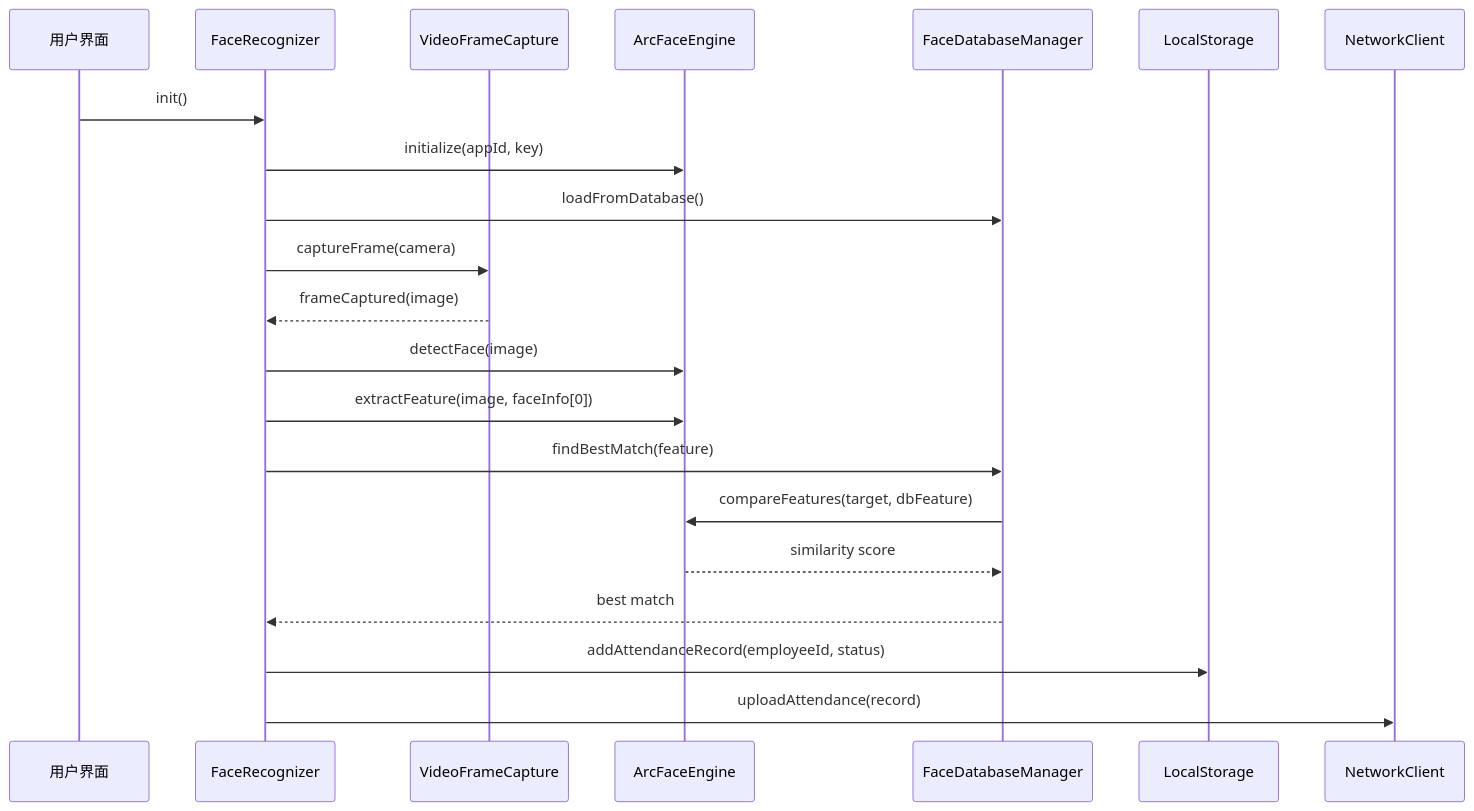
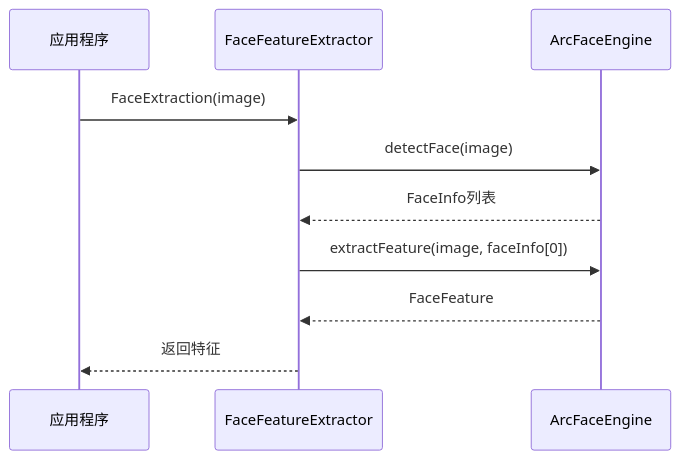
Before and after one commit to HeQiTZD/Triple-terminal-Attendance-Punching-System: the tenth of 12 diagrams in .qoder/repowiki/zh/content/核心模块/人脸识别模块/人脸识别模块.md, drawn with Mermaid. The commit also changed other lines of this file and 44 other files, not shown here.

````diff
--- a/.qoder/repowiki/zh/content/核心模块/人脸识别模块/人脸识别模块.md
+++ b/.qoder/repowiki/zh/content/核心模块/人脸识别模块/人脸识别模块.md
@@ -264,23 +405,12 @@
 ```mermaid
 sequenceDiagram
-participant UI as 用户界面
-participant FR as FaceRecognizer
-participant VC as VideoFrameCapture
-participant AE as ArcFaceEngine
-participant DB as FaceDatabaseManager
-participant LS as LocalStorage
-participant NC as NetworkClient
-UI->>FR : init()
-FR->>AE : initialize(appId, key)
-FR->>DB : loadFromDatabase()
-FR->>VC : captureFrame(camera)
-VC-->>FR : frameCaptured(image)
-FR->>AE : detectFace(image)
-FR->>AE : extractFeature(image, faceInfo[0])
-FR->>DB : findBestMatch(feature)
-DB->>AE : compareFeatures(target, dbFeature)
-AE-->>DB : similarity score
-DB-->>FR : best match
-FR->>LS : addAttendanceRecord(employeeId, status)
-FR->>NC : uploadAttendance(record)
+participant App as 应用程序
+participant Extractor as FaceFeatureExtractor
+participant Engine as ArcFaceEngine
+App->>Extractor : FaceExtraction(image)
+Extractor->>Engine : detectFace(image)
+Engine-->>Extractor : FaceInfo列表
+Extractor->>Engine : extractFeature(image, faceInfo[0])
+Engine-->>Extractor : FaceFeature
+Extractor-->>App : 返回特征
 ```
````
